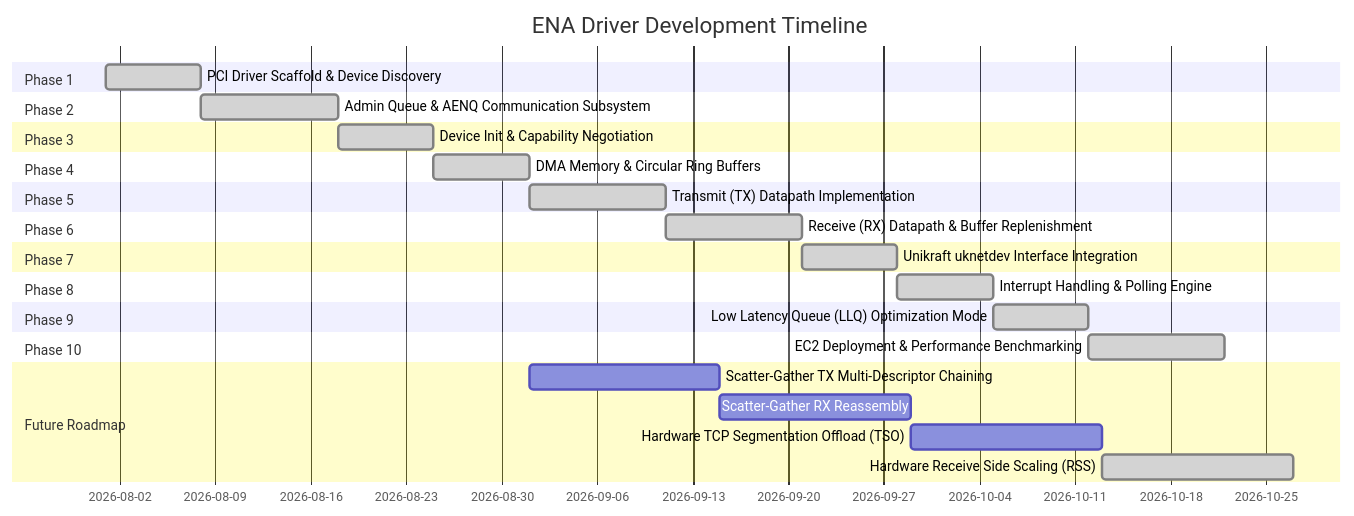
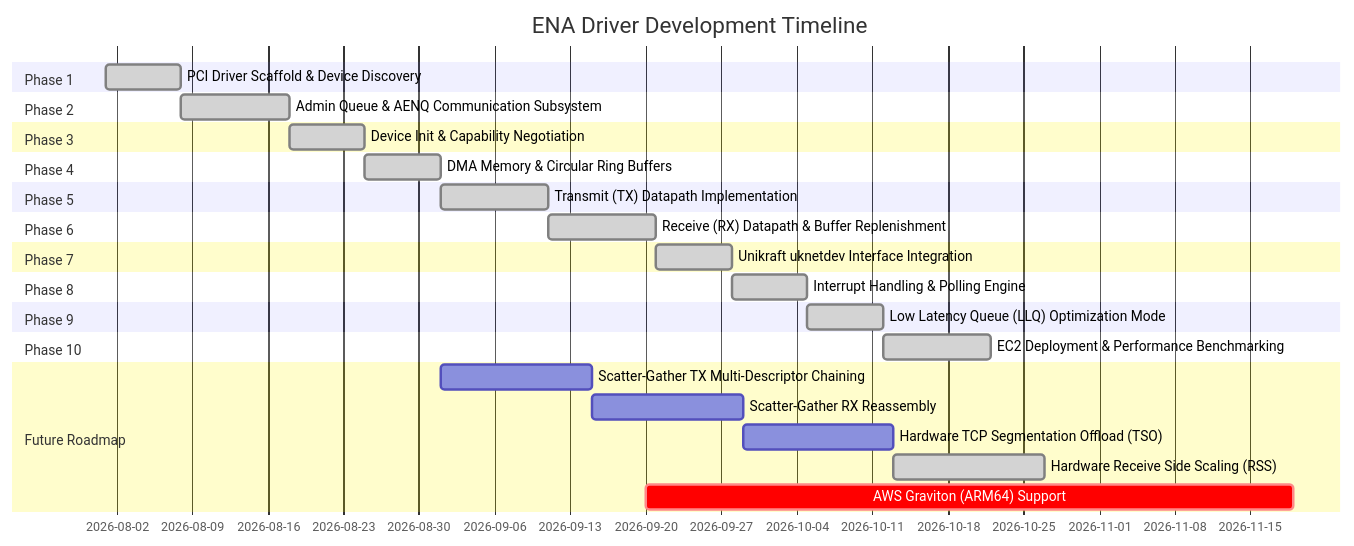
Before and after one commit to sibnick/lib-ena: the diagram in docs/roadmap.md, drawn with Mermaid. The commit also changed other lines of this file, not shown here.

First line of the commit message:
docs(roadmap): add the ARM64 phase and its ticket order

````diff
--- a/docs/roadmap.md
+++ b/docs/roadmap.md
@@ -12,30 +12,31 @@
 ```mermaid
 gantt
     title ENA Driver Development Timeline
     dateFormat  YYYY-MM-DD
     section Phase 1
     PCI Driver Scaffold & Device Discovery       :done, p1, 2026-08-01, 7d
     section Phase 2
     Admin Queue & AENQ Communication Subsystem   :done, p2, after p1, 10d
     section Phase 3
     Device Init & Capability Negotiation         :done, p3, after p2, 7d
     section Phase 4
     DMA Memory & Circular Ring Buffers           :done, p4, after p3, 7d
     section Phase 5
     Transmit (TX) Datapath Implementation        :done, p5, after p4, 10d
     section Phase 6
     Receive (RX) Datapath & Buffer Replenishment :done, p6, after p5, 10d
     section Phase 7
     Unikraft uknetdev Interface Integration      :done, p7, after p6, 7d
     section Phase 8
     Interrupt Handling & Polling Engine          :done, p8, after p7, 7d
     section Phase 9
     Low Latency Queue (LLQ) Optimization Mode    :done, p9, after p8, 7d
     section Phase 10
     EC2 Deployment & Performance Benchmarking    :done, p10, after p9, 10d
     section Future Roadmap
     Scatter-Gather TX Multi-Descriptor Chaining  :p11, 2026-09-01, 14d
     Scatter-Gather RX Reassembly                 :p12, after p11, 14d
     Hardware TCP Segmentation Offload (TSO)      :p13, after p12, 14d
     Hardware Receive Side Scaling (RSS)          :done, p14, after p13, 14d
+    AWS Graviton (ARM64) Support                :crit, p15, 2026-09-20, 60d
 ```
````
